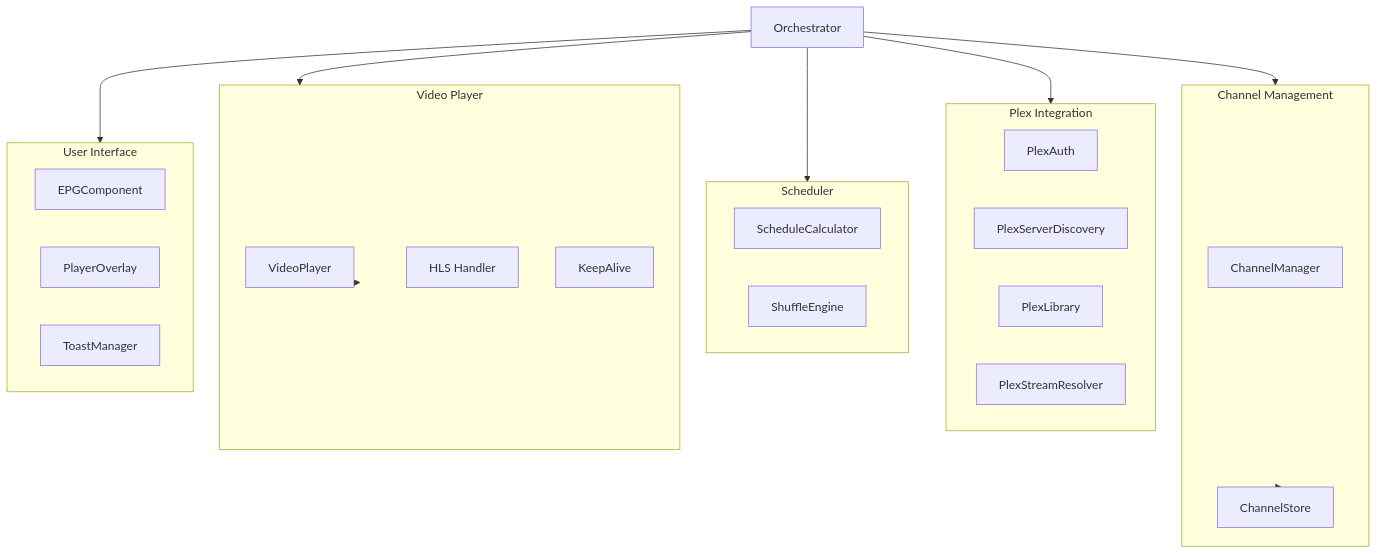
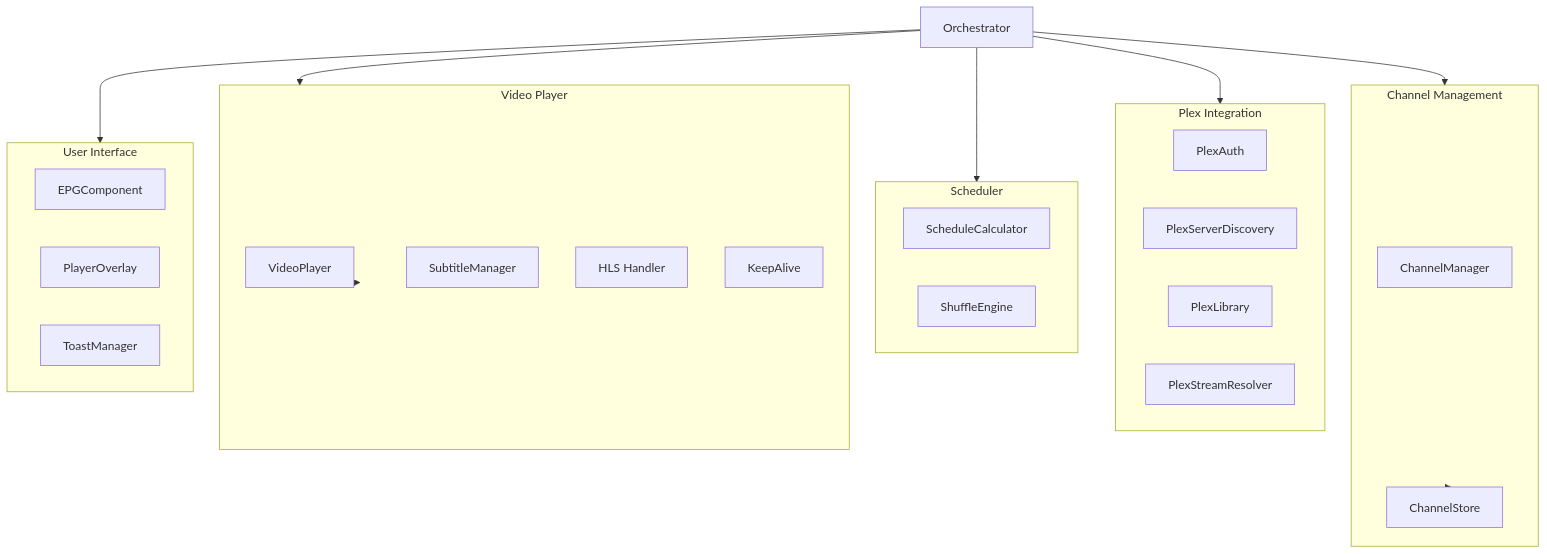
One commit to TJZine/Lineup changed the diagram in docs/architecture/modules.md. Above: the diagram before and after it, drawn with Mermaid. The commit also changed 11 other files, not shown here.

````diff
--- a/docs/architecture/modules.md
+++ b/docs/architecture/modules.md
@@ -5,40 +5,41 @@
 ```mermaid
 flowchart TD
     subgraph Plex["Plex Integration"]
         PA[PlexAuth]
         PD[PlexServerDiscovery]
         PL[PlexLibrary]
         PS[PlexStreamResolver]
     end
     
     subgraph Channels["Channel Management"]
         CM[ChannelManager]
         CS[ChannelStore]
     end
     
     subgraph Scheduler["Scheduler"]
         SC[ScheduleCalculator]
         SE[ShuffleEngine]
     end
     
     subgraph Player["Video Player"]
         VP[VideoPlayer]
+        SM[SubtitleManager]
         HLS[HLS Handler]
         KA[KeepAlive]
     end
     
     subgraph UI["User Interface"]
         EPG[EPGComponent]
         PO[PlayerOverlay]
         TM[ToastManager]
     end
     
     O[Orchestrator] --> Plex
     O --> Channels
     O --> Scheduler
     O --> Player
     O --> UI
     
     Channels --> CS
     Player --> VP
 ```
````
